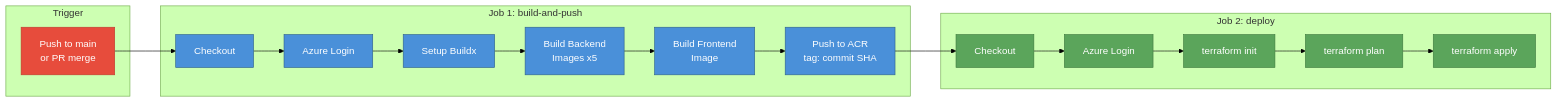
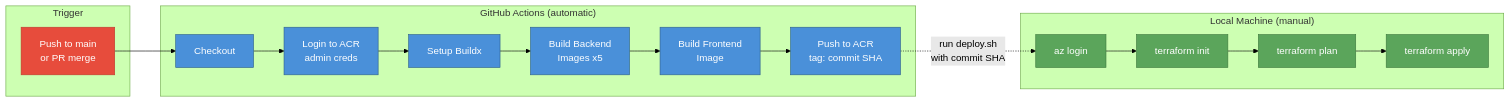
Before and after one commit to devkyoshi/CTSE-Assignment-LaundrIQ: the second of 3 diagrams in docs/deployment-diagram.md, drawn with Mermaid (forest theme). The commit also changed 3 other files, not shown here.

````diff
--- a/docs/deployment-diagram.md
+++ b/docs/deployment-diagram.md
@@ -107,32 +107,31 @@
 ```mermaid
 graph LR
     subgraph Trigger
         PUSH[Push to main<br/>or PR merge]
     end
 
-    subgraph Job1["Job 1: build-and-push"]
-        CHECKOUT1[Checkout] --> LOGIN1[Azure Login]
+    subgraph GHA["GitHub Actions (automatic)"]
+        CHECKOUT1[Checkout] --> LOGIN1[Login to ACR<br/>admin creds]
         LOGIN1 --> BUILDX[Setup Buildx]
         BUILDX --> BUILD_BE[Build Backend<br/>Images x5]
         BUILD_BE --> BUILD_FE[Build Frontend<br/>Image]
         BUILD_FE --> PUSH_ACR[Push to ACR<br/>tag: commit SHA]
     end
 
-    subgraph Job2["Job 2: deploy"]
-        CHECKOUT2[Checkout] --> LOGIN2[Azure Login]
-        LOGIN2 --> TF_INIT[terraform init]
+    subgraph Local["Local Machine (manual)"]
+        AZ_LOGIN[az login] --> TF_INIT[terraform init]
         TF_INIT --> TF_PLAN[terraform plan]
         TF_PLAN --> TF_APPLY[terraform apply]
     end
 
     PUSH --> CHECKOUT1
-    PUSH_ACR --> CHECKOUT2
+    PUSH_ACR -.->|"run deploy.sh<br/>with commit SHA"| AZ_LOGIN
 
     classDef trigger fill:#e74c3c,stroke:#c0392b,color:#fff
     classDef build fill:#4a90d9,stroke:#2c5f8a,color:#fff
     classDef deploy fill:#5ba55b,stroke:#3d7a3d,color:#fff
 
     class PUSH trigger
     class CHECKOUT1,LOGIN1,BUILDX,BUILD_BE,BUILD_FE,PUSH_ACR build
-    class CHECKOUT2,LOGIN2,TF_INIT,TF_PLAN,TF_APPLY deploy
+    class AZ_LOGIN,TF_INIT,TF_PLAN,TF_APPLY deploy
 ```
````
